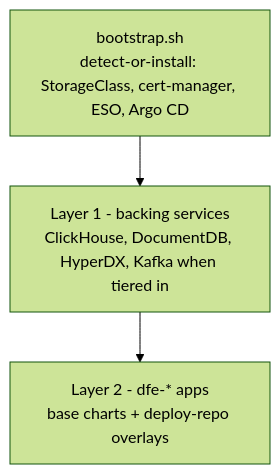
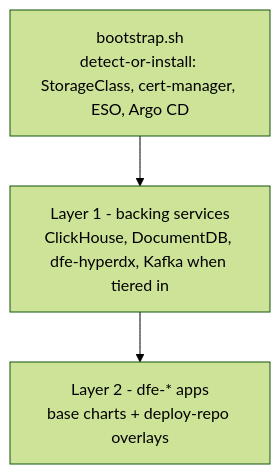
One commit to hyperi-io/dfe-infra changed the diagram in docs/deployment/README.md. Above: the diagram before and after it, drawn with Mermaid (forest theme). The commit also changed 24 other files, not shown here.

First line of the commit message:
fix(docs): call the search component dfe-hyperdx in the technical docs

````diff
--- a/docs/deployment/README.md
+++ b/docs/deployment/README.md
@@ -10,5 +10,5 @@
 ```mermaid
 flowchart TB
-    B[bootstrap.sh<br/>detect-or-install: StorageClass, cert-manager, ESO, Argo CD] --> L1[Layer 1 - backing services<br/>ClickHouse, DocumentDB, HyperDX, Kafka when tiered in]
+    B[bootstrap.sh<br/>detect-or-install: StorageClass, cert-manager, ESO, Argo CD] --> L1[Layer 1 - backing services<br/>ClickHouse, DocumentDB, dfe-hyperdx, Kafka when tiered in]
     L1 --> L2[Layer 2 - dfe-* apps<br/>base charts + deploy-repo overlays]
 ```
````
